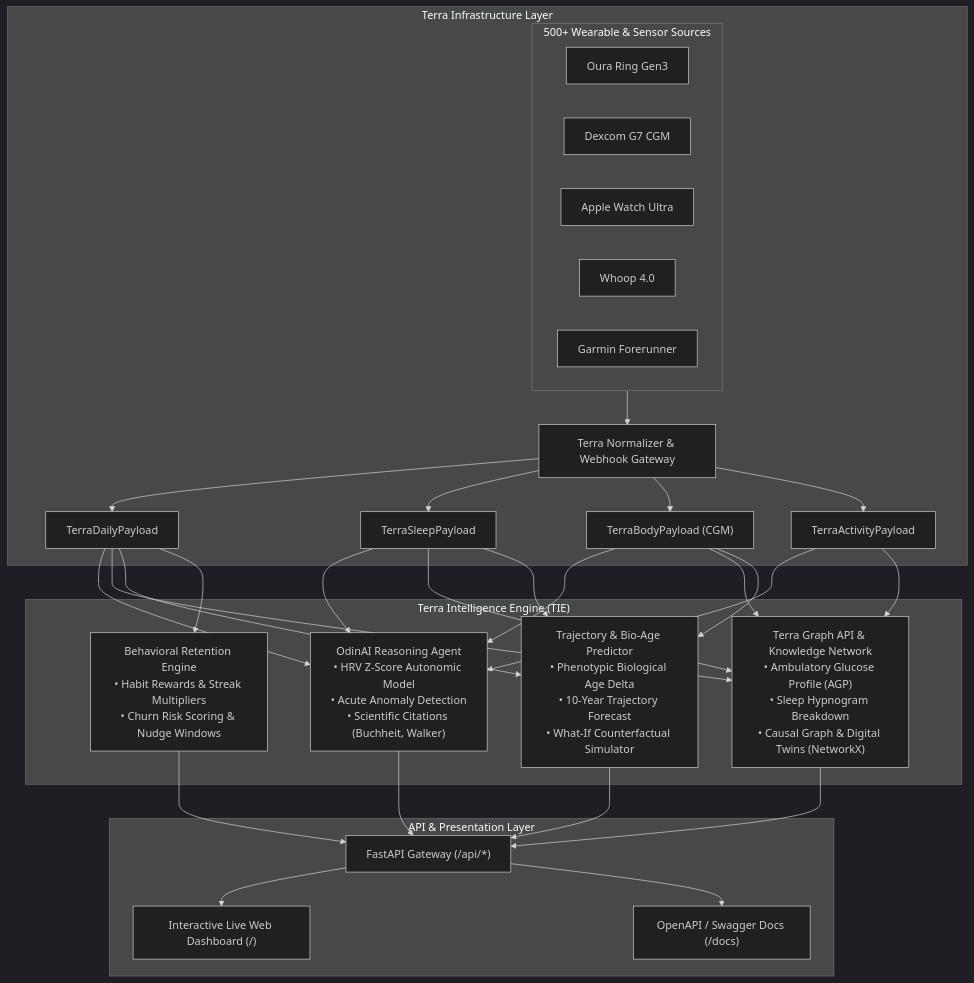
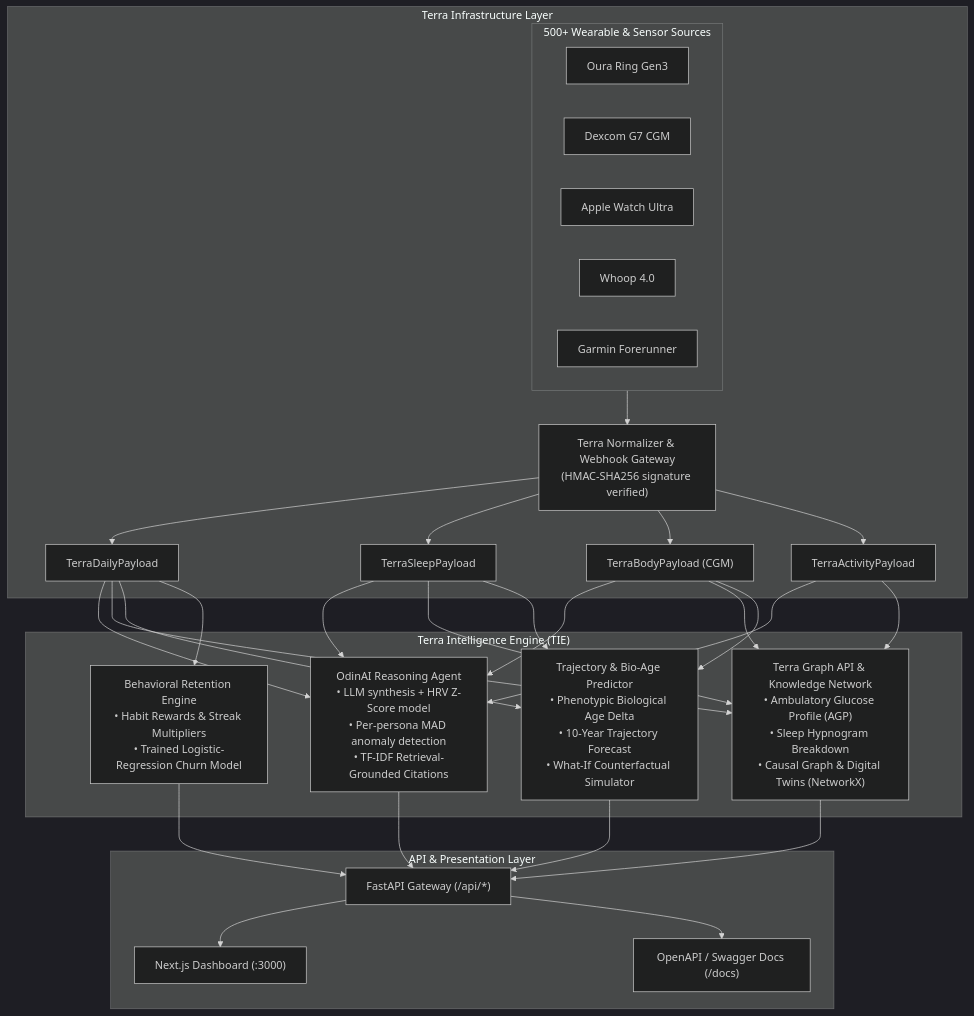
One commit to psood708/Terra_AI changed the diagram in README.md. Above: the diagram before and after it, drawn with Mermaid (dark theme). The commit also changed other lines of this file and 15 other files, not shown here.

Commit message:
feat: add Terra webhook signature verification, Docker/CI infra, and doc updates

````diff
--- a/README.md
+++ b/README.md
@@ -36,57 +38,57 @@
 ```mermaid
 flowchart TB
     subgraph SENSORS ["500+ Wearable & Sensor Sources"]
         Oura["Oura Ring Gen3"]
         Dexcom["Dexcom G7 CGM"]
         Apple["Apple Watch Ultra"]
         Whoop["Whoop 4.0"]
         Garmin["Garmin Forerunner"]
     end
 
     subgraph TERRA_INFRA ["Terra Infrastructure Layer"]
-        Ingest["Terra Normalizer & Webhook Gateway"]
+        Ingest["Terra Normalizer & Webhook Gateway<br/>(HMAC-SHA256 signature verified)"]
         SENSORS --> Ingest
         DailySchema["TerraDailyPayload"]
         SleepSchema["TerraSleepPayload"]
         BodySchema["TerraBodyPayload (CGM)"]
         ActivitySchema["TerraActivityPayload"]
         Ingest --> DailySchema
         Ingest --> SleepSchema
         Ingest --> BodySchema
         Ingest --> ActivitySchema
     end
 
     subgraph TIE_CORE ["Terra Intelligence Engine (TIE)"]
-        Odin["OdinAI Reasoning Agent<br/>• HRV Z-Score Autonomic Model<br/>• Acute Anomaly Detection<br/>• Scientific Citations (Buchheit, Walker)"]
+        Odin["OdinAI Reasoning Agent<br/>• LLM synthesis + HRV Z-Score model<br/>• Per-persona MAD anomaly detection<br/>• TF-IDF Retrieval-Grounded Citations"]
         GraphEngine["Terra Graph API & Knowledge Network<br/>• Ambulatory Glucose Profile (AGP)<br/>• Sleep Hypnogram Breakdown<br/>• Causal Graph & Digital Twins (NetworkX)"]
         BioAge["Trajectory & Bio-Age Predictor<br/>• Phenotypic Biological Age Delta<br/>• 10-Year Trajectory Forecast<br/>• What-If Counterfactual Simulator"]
-        Retention["Behavioral Retention Engine<br/>• Habit Rewards & Streak Multipliers<br/>• Churn Risk Scoring & Nudge Windows"]
+        Retention["Behavioral Retention Engine<br/>• Habit Rewards & Streak Multipliers<br/>• Trained Logistic-Regression Churn Model"]
 
         DailySchema --> Odin
         SleepSchema --> Odin
         BodySchema --> Odin
         ActivitySchema --> Odin
 
         DailySchema --> GraphEngine
         SleepSchema --> GraphEngine
         BodySchema --> GraphEngine
         ActivitySchema --> GraphEngine
 
         DailySchema --> BioAge
         SleepSchema --> BioAge
         BodySchema --> BioAge
 
         DailySchema --> Retention
     end
 
     subgraph PRESENTATION ["API & Presentation Layer"]
         FastAPIApp["FastAPI Gateway (/api/*)"]
         Odin --> FastAPIApp
         GraphEngine --> FastAPIApp
         BioAge --> FastAPIApp
         Retention --> FastAPIApp
 
-        FastAPIApp --> LiveUI["Interactive Live Web Dashboard (/)"]
+        FastAPIApp --> NextUI["Next.js Dashboard (:3000)"]
         FastAPIApp --> Swagger["OpenAPI / Swagger Docs (/docs)"]
     end
 ```
````
